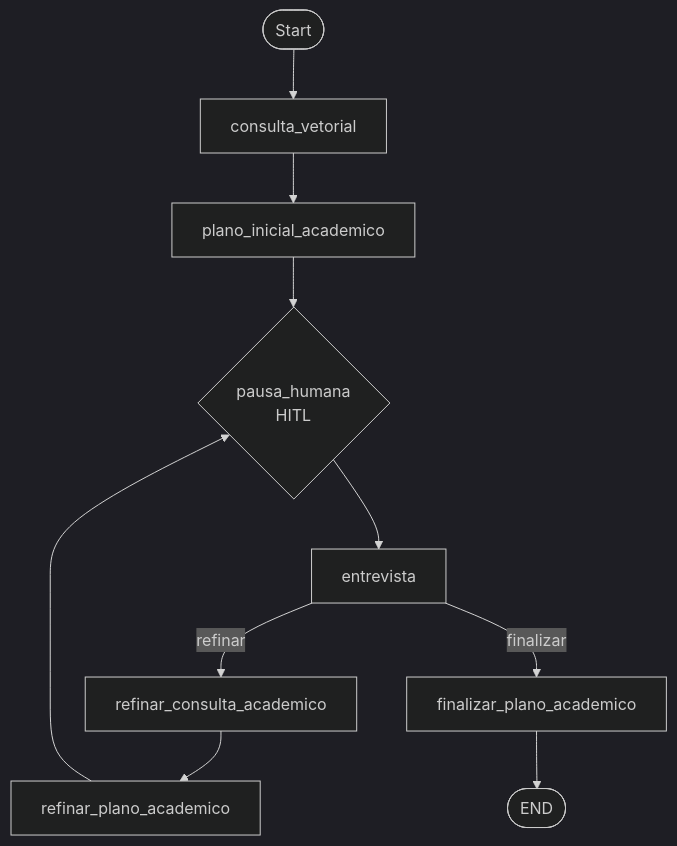
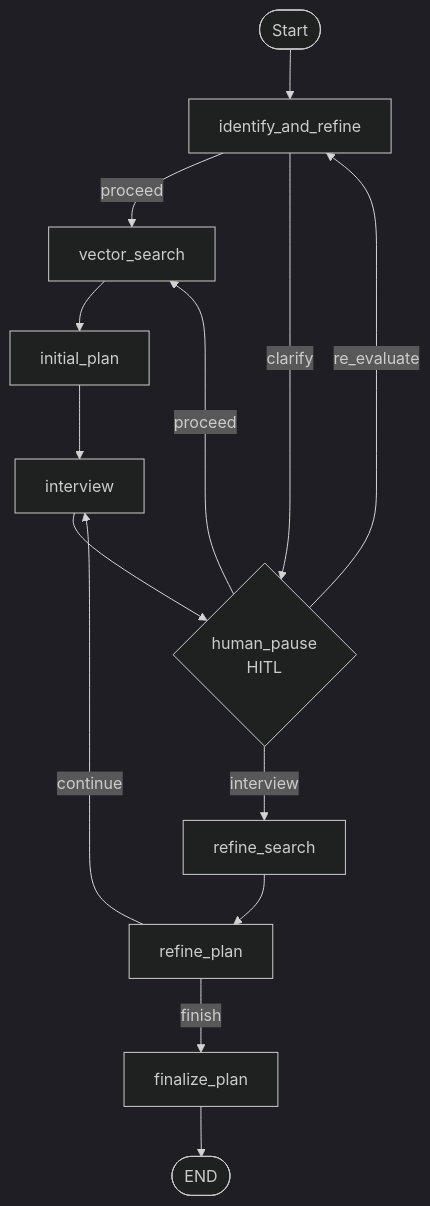
Before and after one commit to duartejr/revisao_agents: the first of 3 diagrams in docs/mermaid_diagram.md, drawn with Mermaid (dark theme). The commit also changed other lines of this file and 5 other files, not shown here.

````diff
--- a/docs/mermaid_diagram.md
+++ b/docs/mermaid_diagram.md
@@ -5,12 +5,16 @@
 ```mermaid
 flowchart TD
-    A([Start]) --> B[consulta_vetorial]
-    B --> C[plano_inicial_academico]
-    C --> D{pausa_humana\nHITL}
-    D --> E[entrevista]
-    E -->|refinar| F[refinar_consulta_academico]
-    E -->|finalizar| G[finalizar_plano_academico]
-    F --> H[refinar_plano_academico]
-    H --> D
+    A([Start]) --> IR[identify_and_refine]
+    IR -->|proceed| B[vector_search]
+    IR -->|clarify| D{human_pause\nHITL}
+    D -->|re_evaluate| IR
+    D -->|proceed| B
+    D -->|interview| F[refine_search]
+    B --> C[initial_plan]
+    C --> E[interview]
+    E --> D
+    F --> H[refine_plan]
+    H -->|continue| E
+    H -->|finish| G[finalize_plan]
     G --> Z([END])
 ```
````
